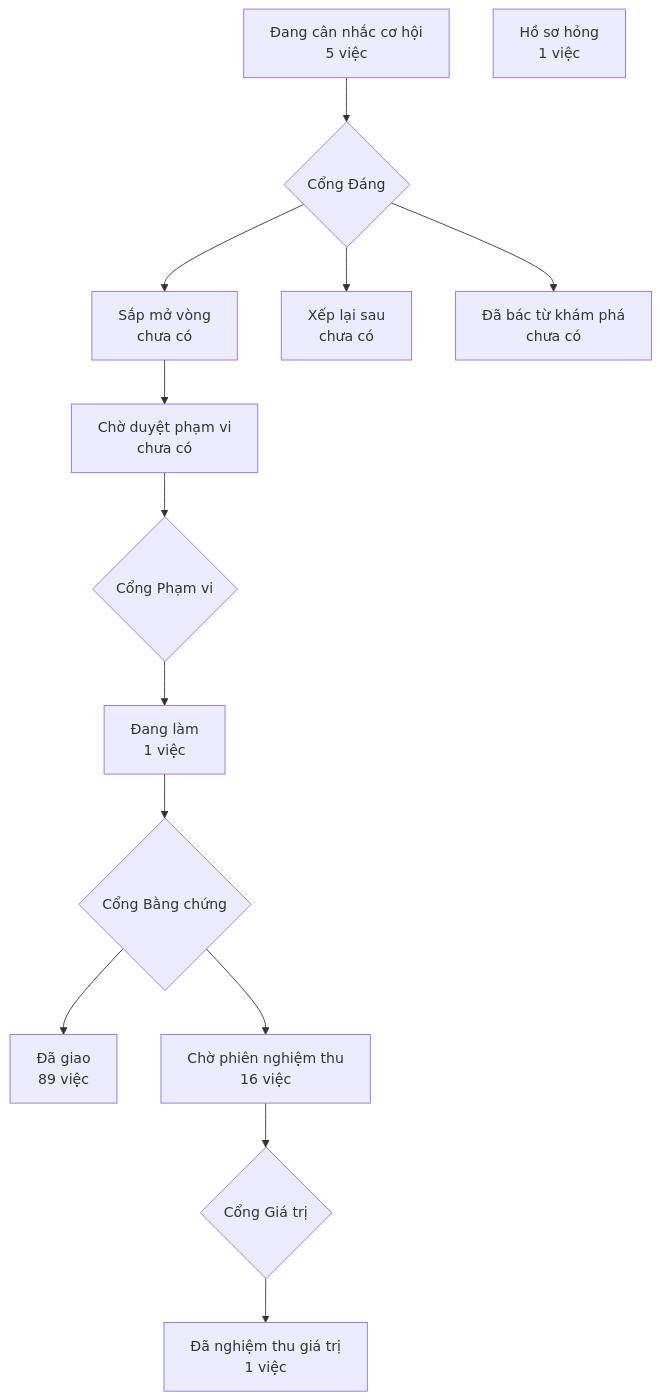
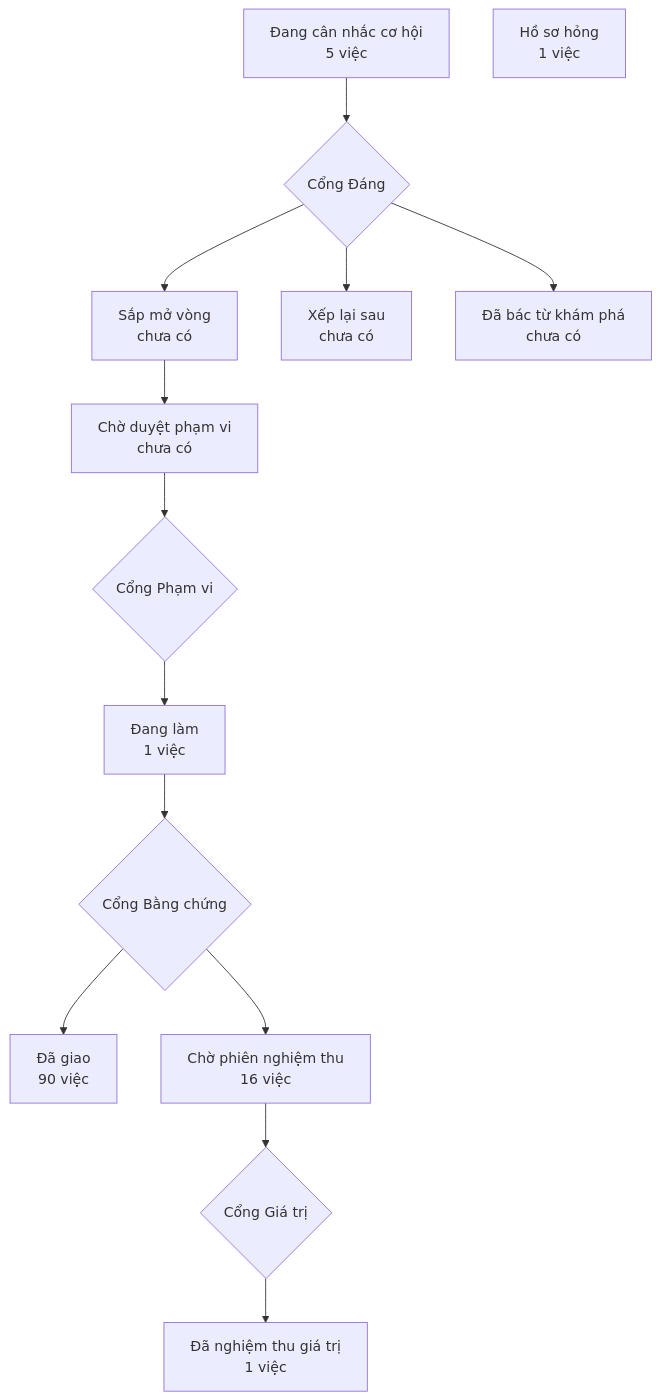
One commit to phanlemanh/crm-onehub changed the diagram in PRODUCT-MAP.md. Above: the diagram before and after it, drawn with Mermaid.

Commit message:
chore: vẽ lại bản đồ sản phẩm sau gộp onehub

````diff
--- a/PRODUCT-MAP.md
+++ b/PRODUCT-MAP.md
@@ -6,13 +6,13 @@
 ```mermaid
 flowchart TD
   A["Đang cân nhắc cơ hội<br/>5 việc"] --> GD{"Cổng Đáng"}
   GD --> B["Sắp mở vòng<br/>chưa có"]
   GD --> XL["Xếp lại sau<br/>chưa có"]
   GD --> DB["Đã bác từ khám phá<br/>chưa có"]
   B --> CD["Chờ duyệt phạm vi<br/>chưa có"] --> GP{"Cổng Phạm vi"}
   GP --> DL["Đang làm<br/>1 việc"] --> GB{"Cổng Bằng chứng"}
-  GB --> DG["Đã giao<br/>89 việc"]
+  GB --> DG["Đã giao<br/>90 việc"]
   GB --> CN["Chờ phiên nghiệm thu<br/>16 việc"] --> GG{"Cổng Giá trị"}
   GG --> NT["Đã nghiệm thu giá trị<br/>1 việc"]
   HS["Hồ sơ hỏng<br/>1 việc"]
 ```
````
